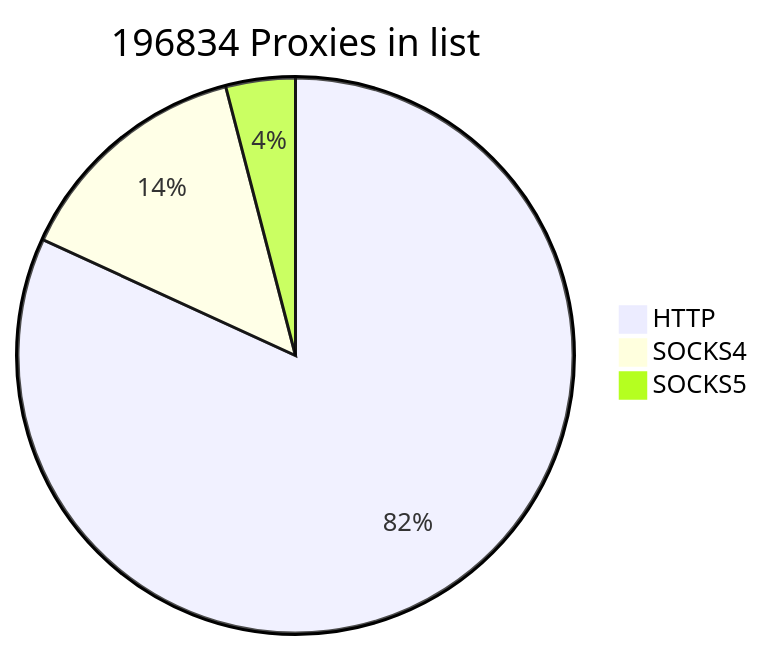
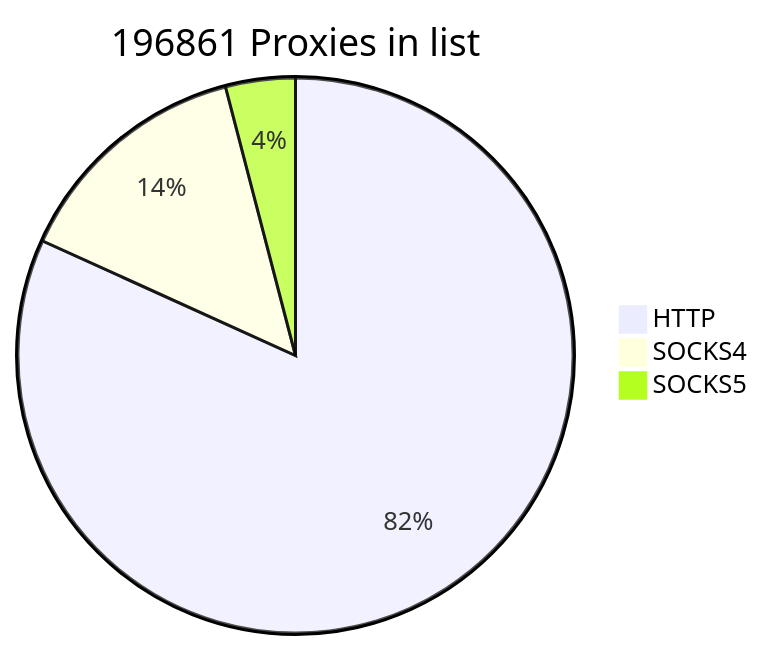
The first of 2 diagrams in README.md (cutipu/proxylist), drawn with Mermaid before and after one commit. The commit also changed other lines of this file, not shown here.

````diff
--- a/README.md
+++ b/README.md
@@ -2,7 +2,7 @@
 ```mermaid
-pie title 196834 Proxies in list
-    "HTTP" : 161094
-    "SOCKS4" : 27783
-    "SOCKS5" : 7957
+pie title 196861 Proxies in list
+    "HTTP" : 160972
+    "SOCKS4" : 27903
+    "SOCKS5" : 7986
             
 ```
````
